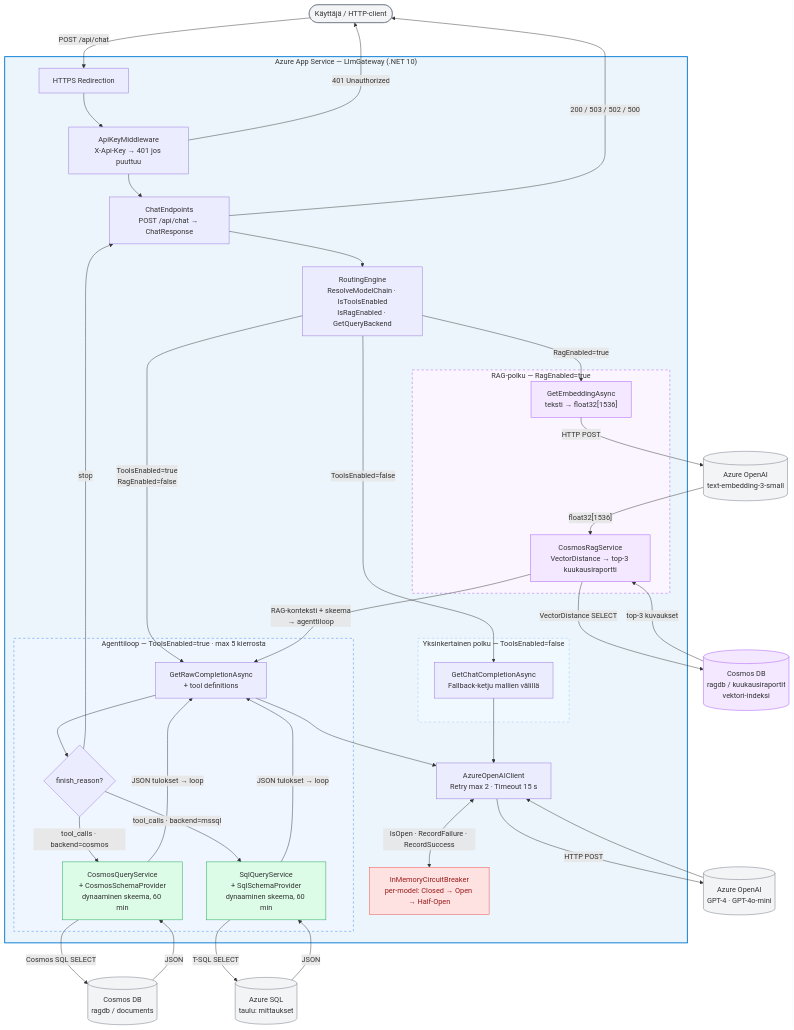
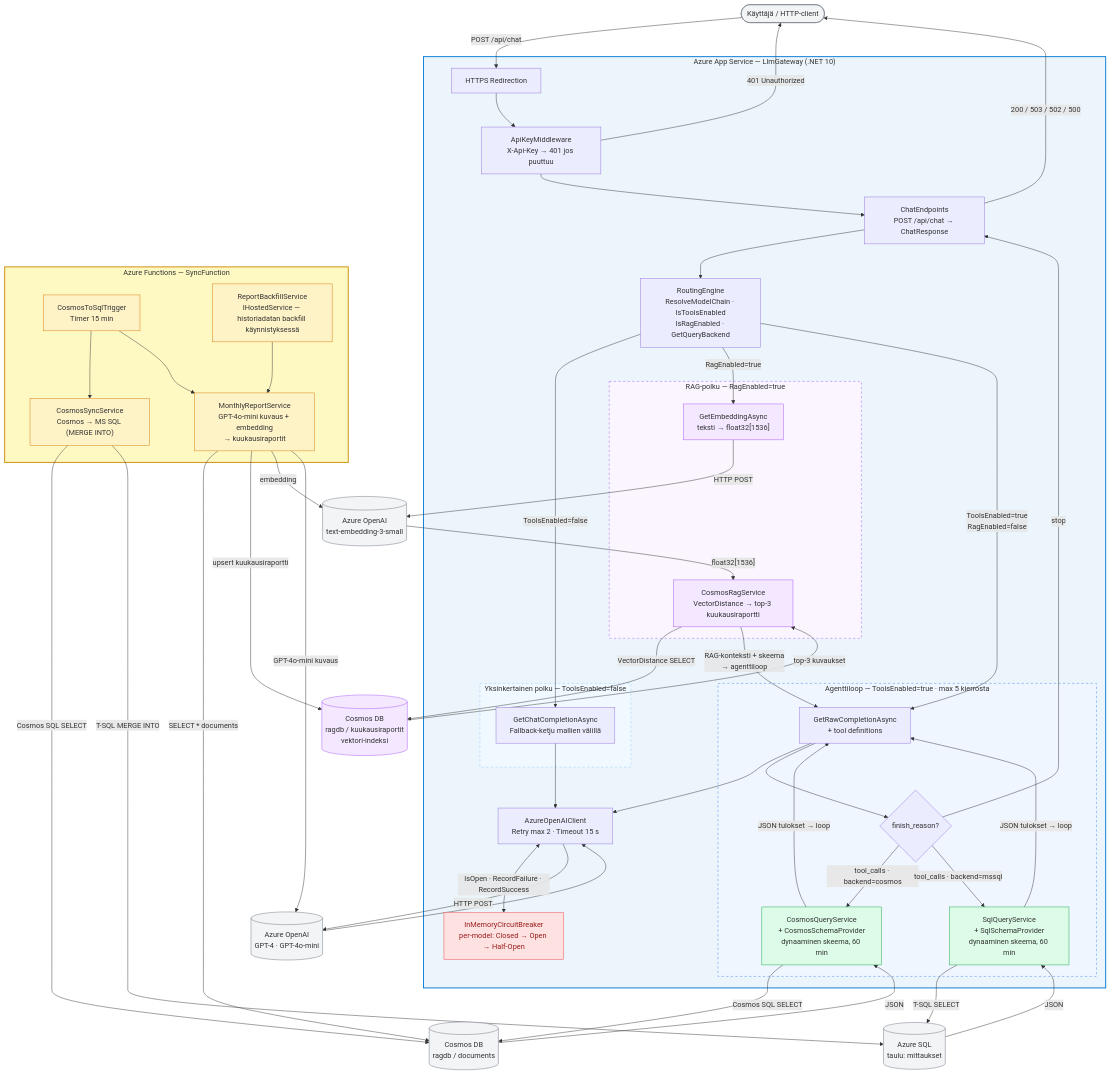
The diagram in architecture.mmd (hvilppu/llmgateway), drawn with Mermaid before and after one commit. The commit also changed 6 other files, not shown here.

```diff
--- a/architecture.mmd
+++ b/architecture.mmd
@@ -1,79 +1,101 @@
 flowchart TD
     Client([Käyttäjä / HTTP-client])
 
     subgraph GW["Azure App Service — LlmGateway (.NET 10)"]
         MW1[HTTPS Redirection]
         MW2["ApiKeyMiddleware\nX-Api-Key → 401 jos puuttuu"]
         EP["ChatEndpoints\nPOST /api/chat → ChatResponse"]
         RE["RoutingEngine\nResolveModelChain · IsToolsEnabled\nIsRagEnabled · GetQueryBackend"]
         CB["InMemoryCircuitBreaker\nper-model: Closed → Open → Half-Open"]
         OAI["AzureOpenAIClient\nRetry max 2 · Timeout 15 s"]
 
         subgraph SP["Yksinkertainen polku — ToolsEnabled=false"]
             SC["GetChatCompletionAsync\nFallback-ketju mallien välillä"]
         end
 
         subgraph RP["RAG-polku — RagEnabled=true"]
             EMB["GetEmbeddingAsync\nteksti → float32[1536]"]
             RGS["CosmosRagService\nVectorDistance → top-3 kuukausiraportti"]
         end
 
         subgraph AL["Agenttiloop — ToolsEnabled=true · max 5 kierrosta"]
             RC["GetRawCompletionAsync\n+ tool definitions"]
             FIN{finish_reason?}
             CQS["CosmosQueryService\n+ CosmosSchemaProvider\ndynaaminen skeema, 60 min"]
             SQS["SqlQueryService\n+ SqlSchemaProvider\ndynaaminen skeema, 60 min"]
         end
     end
 
     AzOAI[("Azure OpenAI\nGPT-4 · GPT-4o-mini")]
     AzEMB[("Azure OpenAI\ntext-embedding-3-small")]
     CosmDB[("Cosmos DB\nragdb / documents")]
     KuuDB[("Cosmos DB\nragdb / kuukausiraportit\nvektori-indeksi")]
     SqlDB[("Azure SQL\ntaulu: mittaukset")]
 
     Client -->|"POST /api/chat"| MW1
     MW1 --> MW2
     MW2 -->|"401 Unauthorized"| Client
     MW2 --> EP
     EP --> RE
     RE -->|"ToolsEnabled=false"| SC
     RE -->|"RagEnabled=true"| EMB
     RE -->|"ToolsEnabled=true\nRagEnabled=false"| RC
     SC --> OAI
     EMB -->|"HTTP POST"| AzEMB
     AzEMB -->|"float32[1536]"| RGS
     RGS -->|"VectorDistance SELECT"| KuuDB
     KuuDB -->|"top-3 kuvaukset"| RGS
     RGS -->|"RAG-konteksti + skeema\n→ agenttiloop"| RC
     RC --> OAI
     OAI <-->|"IsOpen · RecordFailure · RecordSuccess"| CB
     OAI -->|"HTTP POST"| AzOAI
     AzOAI --> OAI
     RC --> FIN
     FIN -->|stop| EP
     FIN -->|"tool_calls · backend=cosmos"| CQS
     FIN -->|"tool_calls · backend=mssql"| SQS
     CQS -->|"Cosmos SQL SELECT"| CosmDB
     CosmDB -->|JSON| CQS
     SQS -->|"T-SQL SELECT"| SqlDB
     SqlDB -->|JSON| SQS
     CQS -->|"JSON tulokset → loop"| RC
     SQS -->|"JSON tulokset → loop"| RC
     EP -->|"200 / 503 / 502 / 500"| Client
 
+    subgraph SF["Azure Functions — SyncFunction"]
+        TRG["CosmosToSqlTrigger\nTimer 15 min"]
+        CSS["CosmosSyncService\nCosmos → MS SQL (MERGE INTO)"]
+        MRS["MonthlyReportService\nGPT-4o-mini kuvaus + embedding\n→ kuukausiraportit"]
+        RBS["ReportBackfillService\nIHostedService — historiadatan backfill käynnistyksessä"]
+    end
+
+    TRG --> CSS
+    TRG --> MRS
+    RBS --> MRS
+    CSS -->|"Cosmos SQL SELECT"| CosmDB
+    CSS -->|"T-SQL MERGE INTO"| SqlDB
+    MRS -->|"SELECT * documents"| CosmDB
+    MRS -->|"upsert kuukausiraportti"| KuuDB
+    MRS -->|"embedding"| AzEMB
+    MRS -->|"GPT-4o-mini kuvaus"| AzOAI
+
     style GW fill:#EBF5FB,stroke:#0078d4,stroke-width:2px
     style SP fill:#f0f9ff,stroke:#93c5fd,stroke-dasharray:5 5
     style RP fill:#faf5ff,stroke:#a855f7,stroke-dasharray:5 5
     style AL fill:#eff6ff,stroke:#3b82f6,stroke-dasharray:5 5
     style CB fill:#fee2e2,stroke:#ef4444,color:#991b1b
     style CQS fill:#dcfce7,stroke:#16a34a
     style SQS fill:#dcfce7,stroke:#16a34a
     style EMB fill:#f3e8ff,stroke:#a855f7
     style RGS fill:#f3e8ff,stroke:#a855f7
     style AzOAI fill:#f3f4f6,stroke:#6b7280
     style AzEMB fill:#f3f4f6,stroke:#6b7280
     style CosmDB fill:#f3f4f6,stroke:#6b7280
     style KuuDB fill:#f3e8ff,stroke:#a855f7
     style SqlDB fill:#f3f4f6,stroke:#6b7280
     style Client fill:#f3f4f6,stroke:#6b7280
+    style SF fill:#fef9c3,stroke:#ca8a04,stroke-width:2px
+    style TRG fill:#fef3c7,stroke:#d97706
+    style CSS fill:#fef3c7,stroke:#d97706
+    style MRS fill:#fef3c7,stroke:#d97706
+    style RBS fill:#fef3c7,stroke:#d97706
```
